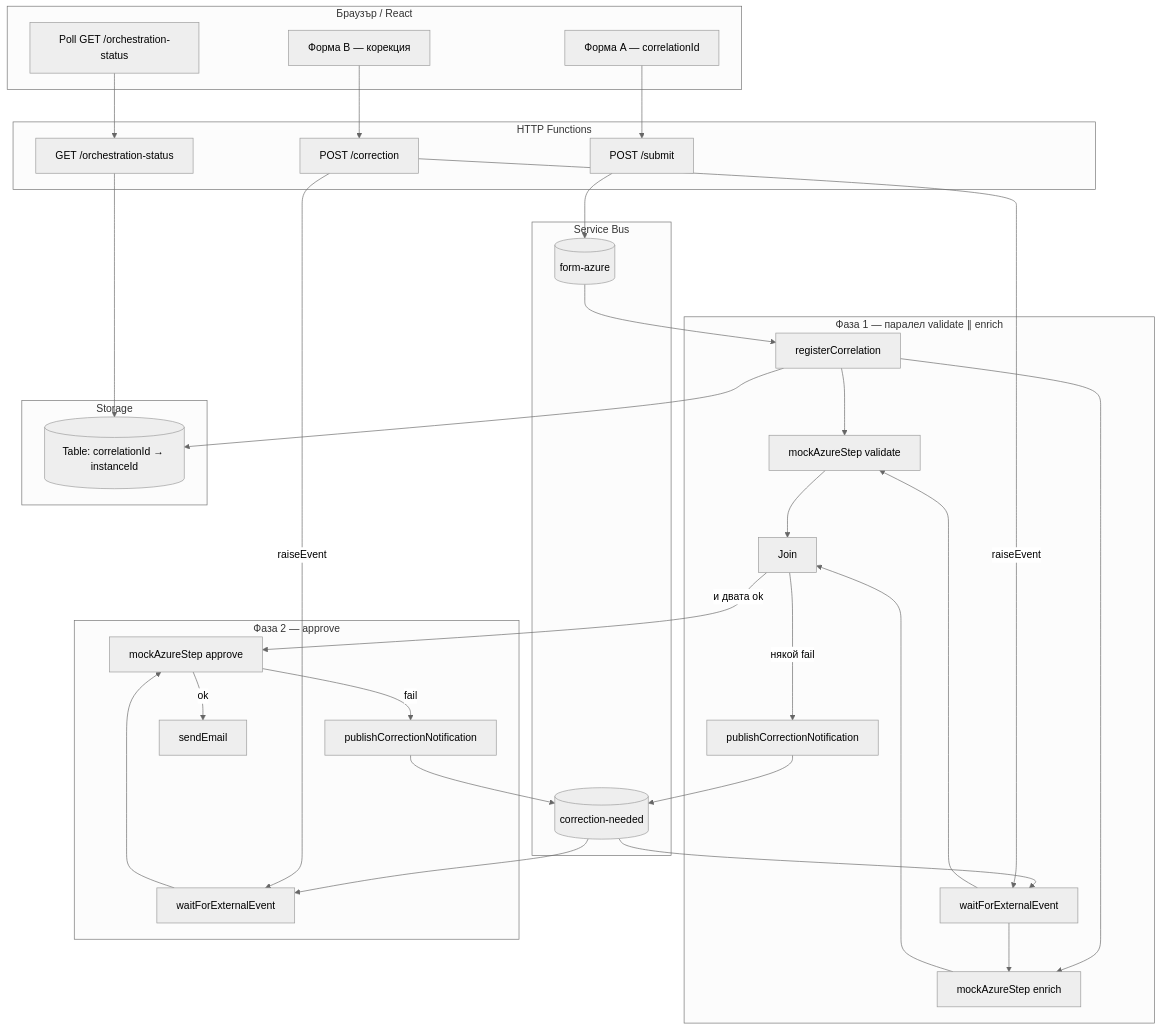
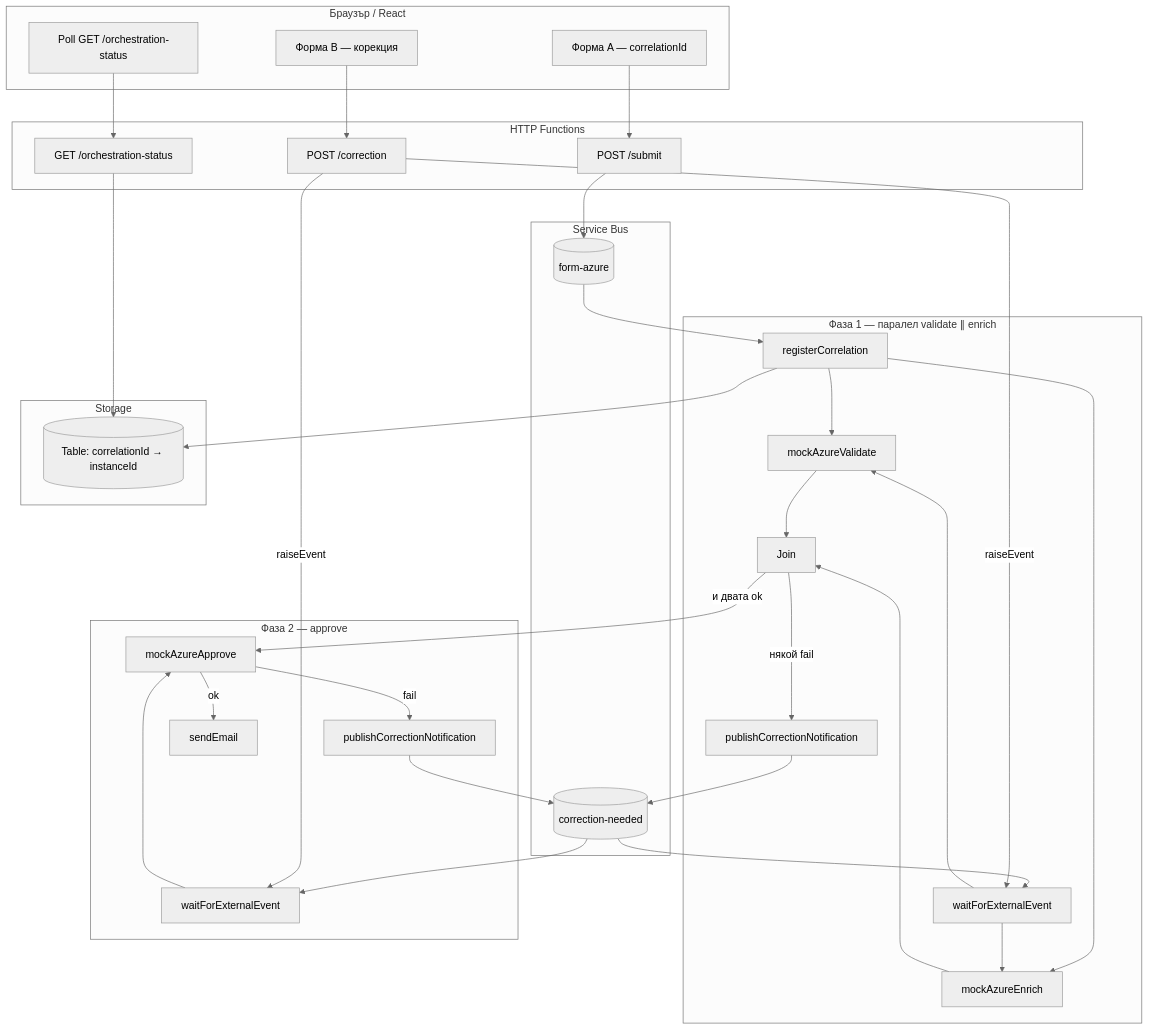
Before and after one commit to nikolay-angeloff/durable-functions-poc: the second of 3 diagrams in docs/azure-orchestration.md, drawn with Mermaid (neutral theme). The commit also changed other lines of this file and 13 other files, not shown here.

````diff
--- a/docs/azure-orchestration.md
+++ b/docs/azure-orchestration.md
@@ -57,56 +57,56 @@
 ```mermaid
 flowchart TD
   subgraph Web["Браузър / React"]
     FA[Форма A — correlationId]
     Poll[Poll GET /orchestration-status]
     FB[Форма B — корекция]
   end
 
   subgraph HTTP["HTTP Functions"]
     S[POST /submit]
     G[GET /orchestration-status]
     C[POST /correction]
   end
 
   subgraph SB["Service Bus"]
     QF[(form-azure)]
     QC[(correction-needed)]
   end
 
   subgraph P1["Фаза 1 — паралел validate ∥ enrich"]
     Reg[registerCorrelation]
-    V[mockAzureStep validate]
-    En[mockAzureStep enrich]
+    V[mockAzureValidate]
+    En[mockAzureEnrich]
     J[Join]
     Pub1[publishCorrectionNotification]
     W1[waitForExternalEvent]
   end
 
   subgraph P2["Фаза 2 — approve"]
-    Ap[mockAzureStep approve]
+    Ap[mockAzureApprove]
     Pub2[publishCorrectionNotification]
     W2[waitForExternalEvent]
     Mail[sendEmail]
   end
 
   subgraph Store["Storage"]
     T[(Table: correlationId → instanceId)]
   end
 
   FA --> S --> QF --> Reg
   Reg --> T
   Reg --> V
   Reg --> En
   V --> J
   En --> J
   J -->|и двата ok| Ap
   J -->|някой fail| Pub1 --> QC --> W1
   W1 --> V
   W1 --> En
   Ap -->|ok| Mail
   Ap -->|fail| Pub2 --> QC --> W2 --> Ap
   Poll --> G --> T
   FB --> C
   C -->|raiseEvent| W1
   C -->|raiseEvent| W2
 ```
````
